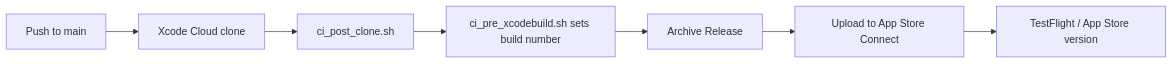
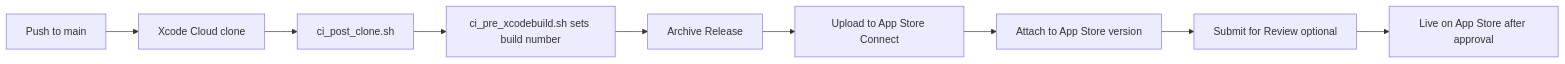
The diagram in docs/agent/xcode-cloud.md (kbibireddy/closed-captioner), drawn with Mermaid before and after one commit. The commit also changed other lines of this file and 2 other files, not shown here.

First line of the commit message:
Configure direct App Store uploads via Xcode Cloud.

````diff
--- a/docs/agent/xcode-cloud.md
+++ b/docs/agent/xcode-cloud.md
@@ -157,9 +164,11 @@
 ```mermaid
 flowchart LR
     A[Push to main] --> B[Xcode Cloud clone]
     B --> C[ci_post_clone.sh]
     C --> D[ci_pre_xcodebuild.sh sets build number]
     D --> E[Archive Release]
     E --> F[Upload to App Store Connect]
-    F --> G[TestFlight / App Store version]
+    F --> G[Attach to App Store version]
+    G --> H[Submit for Review optional]
+    H --> I[Live on App Store after approval]
 ```
````
